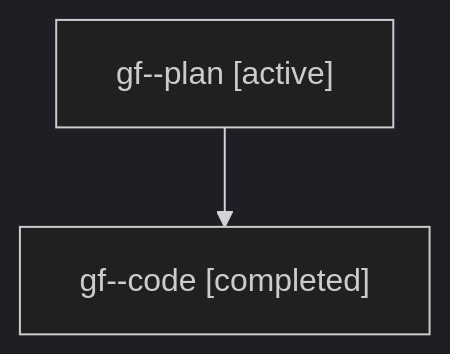
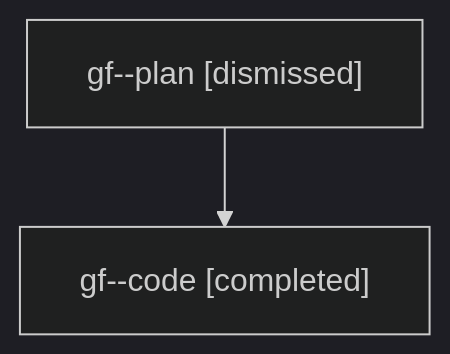
One commit to sase-org/sase--agents changed the diagram in sessions/bbugyi200.athena.gf.md. Above: the diagram before and after it, drawn with Mermaid (dark theme). The commit also changed other lines of this file and 36 other files, not shown here.

````diff
--- a/sessions/bbugyi200.athena.gf.md
+++ b/sessions/bbugyi200.athena.gf.md
@@ -9,6 +9,6 @@
 ```mermaid
 flowchart TD
-  n0["gf--plan [active]"]
+  n0["gf--plan [dismissed]"]
   n1["gf--code [completed]"]
   n0 --> n1
 ```
````
